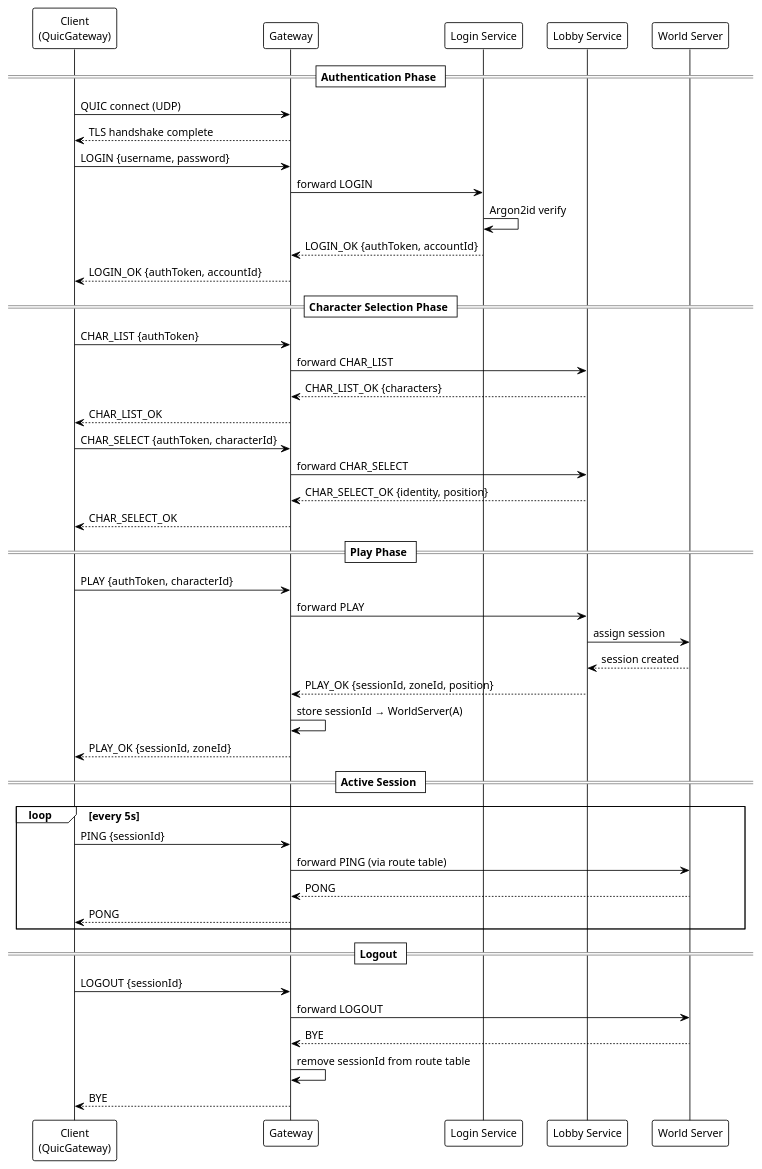
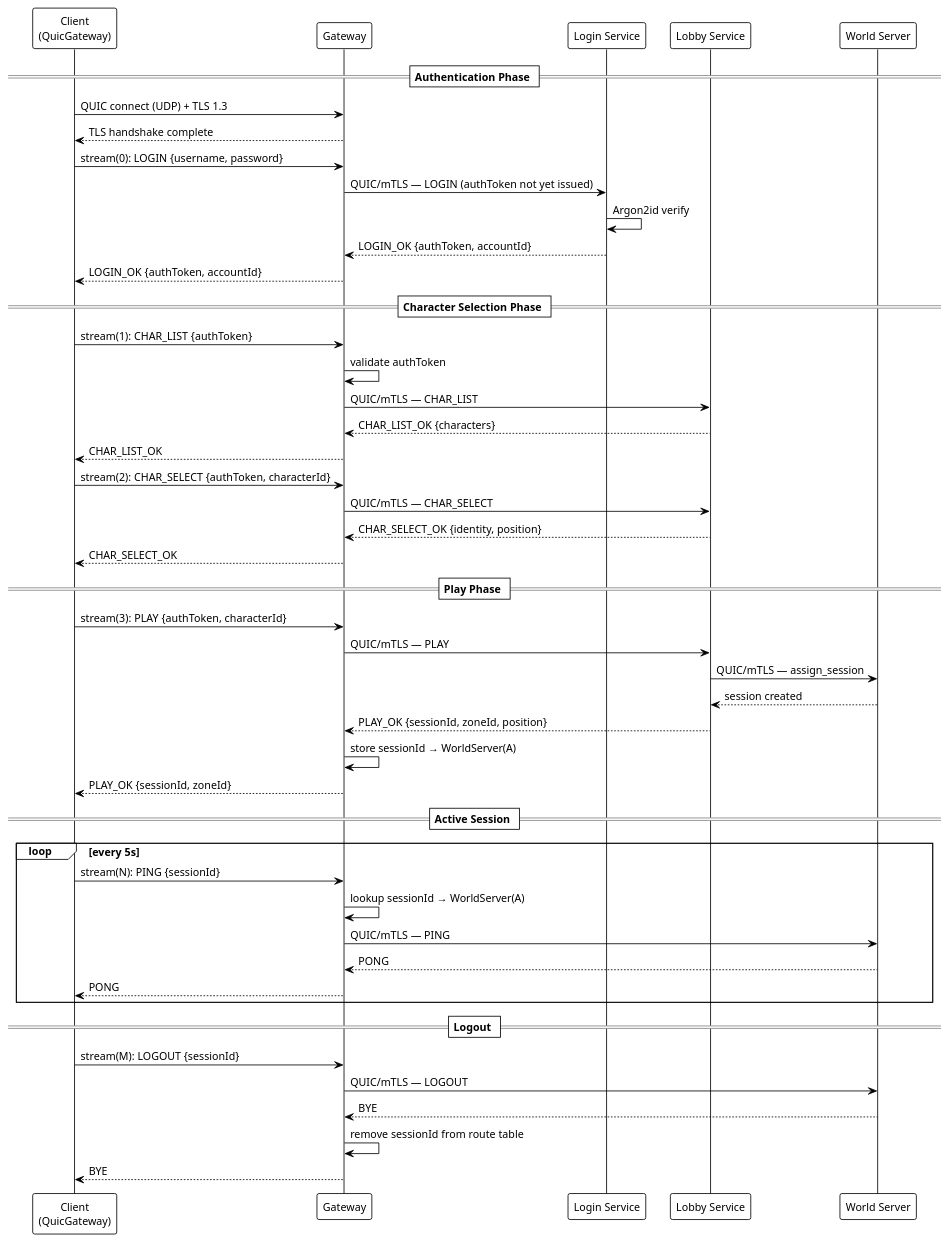
The fifth of 8 diagrams in docs/network-architecture.md (TheStackTraceWhisperer/catalyst), drawn with PlantUML before and after one commit. The commit also changed other lines of this file, not shown here.

First line of the commit message:
Update network architecture: QUIC throughout, internal trust model

````diff
--- a/docs/network-architecture.md
+++ b/docs/network-architecture.md
@@ -150,56 +223,58 @@
 ```plantuml
 @startuml lifecycle
 !theme plain
 skinparam defaultFontSize 13
 
 participant "Client\n(QuicGateway)" as C
 participant "Gateway" as GW
 participant "Login Service" as LS
 participant "Lobby Service" as LBS
 participant "World Server" as WS
 
 == Authentication Phase ==
-C -> GW : QUIC connect (UDP)
+C -> GW : QUIC connect (UDP) + TLS 1.3
 GW --> C : TLS handshake complete
-C -> GW : LOGIN {username, password}
-GW -> LS : forward LOGIN
+C -> GW : stream(0): LOGIN {username, password}
+GW -> LS : QUIC/mTLS — LOGIN (authToken not yet issued)
 LS -> LS : Argon2id verify
 LS --> GW : LOGIN_OK {authToken, accountId}
 GW --> C : LOGIN_OK {authToken, accountId}
 
 == Character Selection Phase ==
-C -> GW : CHAR_LIST {authToken}
-GW -> LBS : forward CHAR_LIST
+C -> GW : stream(1): CHAR_LIST {authToken}
+GW -> GW : validate authToken
+GW -> LBS : QUIC/mTLS — CHAR_LIST
 LBS --> GW : CHAR_LIST_OK {characters}
 GW --> C : CHAR_LIST_OK
 
-C -> GW : CHAR_SELECT {authToken, characterId}
-GW -> LBS : forward CHAR_SELECT
+C -> GW : stream(2): CHAR_SELECT {authToken, characterId}
+GW -> LBS : QUIC/mTLS — CHAR_SELECT
 LBS --> GW : CHAR_SELECT_OK {identity, position}
 GW --> C : CHAR_SELECT_OK
 
 == Play Phase ==
-C -> GW : PLAY {authToken, characterId}
-GW -> LBS : forward PLAY
-LBS -> WS : assign session
+C -> GW : stream(3): PLAY {authToken, characterId}
+GW -> LBS : QUIC/mTLS — PLAY
+LBS -> WS : QUIC/mTLS — assign_session
 WS --> LBS : session created
 LBS --> GW : PLAY_OK {sessionId, zoneId, position}
 GW -> GW : store sessionId → WorldServer(A)
 GW --> C : PLAY_OK {sessionId, zoneId}
 
 == Active Session ==
 loop every 5s
-  C -> GW : PING {sessionId}
-  GW -> WS : forward PING (via route table)
+  C -> GW : stream(N): PING {sessionId}
+  GW -> GW : lookup sessionId → WorldServer(A)
+  GW -> WS : QUIC/mTLS — PING
   WS --> GW : PONG
   GW --> C : PONG
 end
 
 == Logout ==
-C -> GW : LOGOUT {sessionId}
-GW -> WS : forward LOGOUT
+C -> GW : stream(M): LOGOUT {sessionId}
+GW -> WS : QUIC/mTLS — LOGOUT
 WS --> GW : BYE
 GW -> GW : remove sessionId from route table
 GW --> C : BYE
 @enduml
 ```
````
